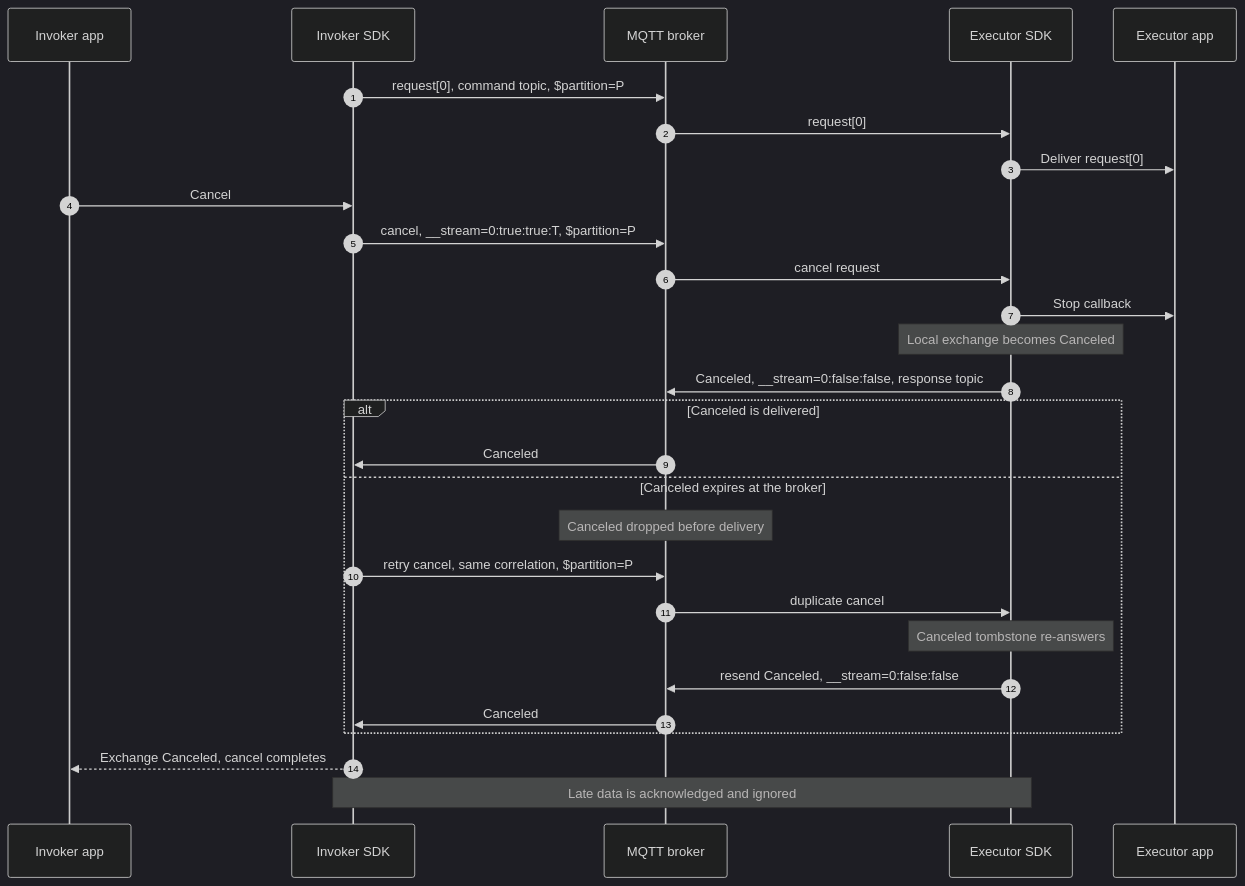
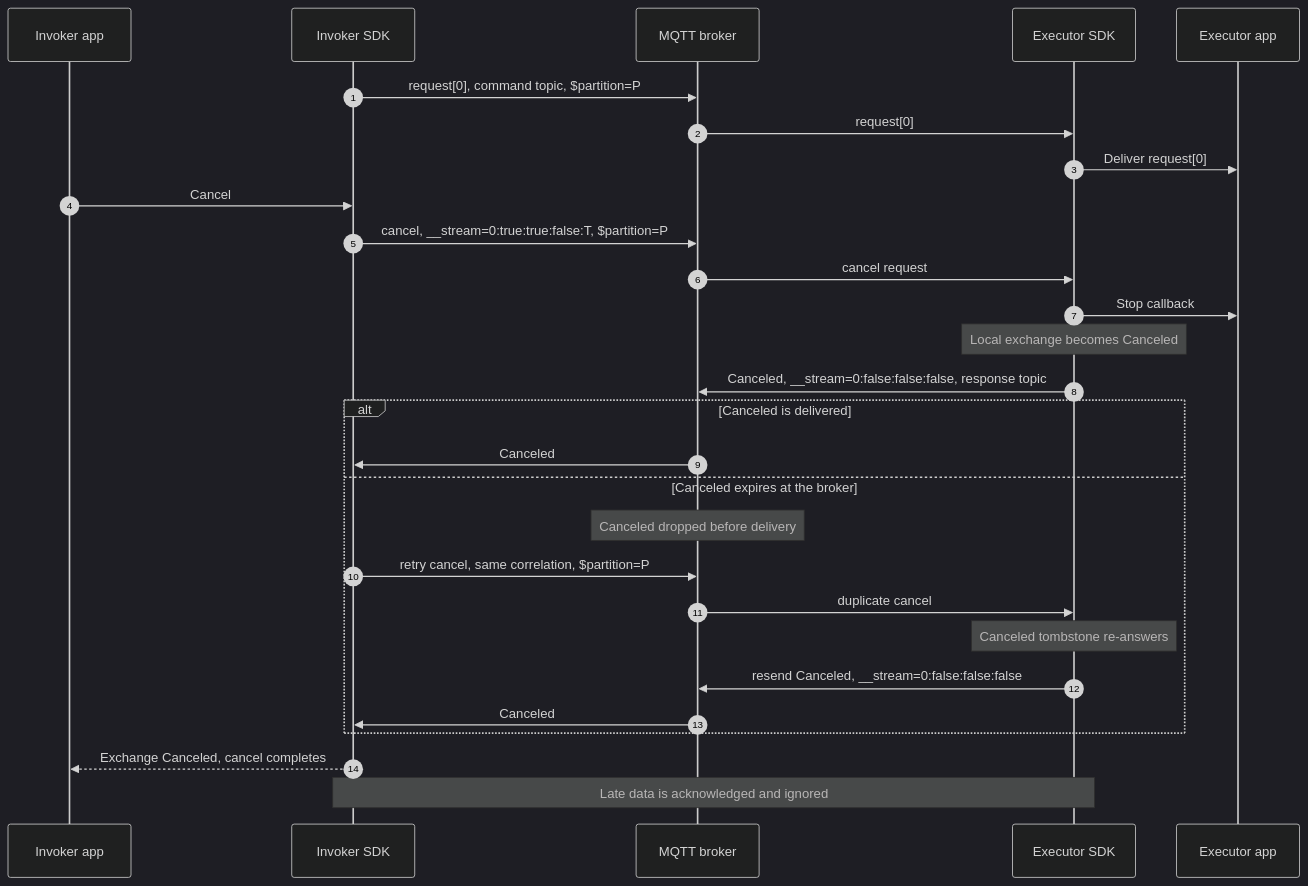
The fifth of 9 diagrams in doc/dev/adr/0025-rpc-streaming-lifecycle-diagrams.md (Azure/iot-operations-sdks), drawn with Mermaid (dark theme) before and after one commit. The commit also changed other lines of this file and 1 other file, not shown here.

First line of the commit message:
ADR 25: clarify exchange routing and align lifecycle diagrams

````diff
--- a/doc/dev/adr/0025-rpc-streaming-lifecycle-diagrams.md
+++ b/doc/dev/adr/0025-rpc-streaming-lifecycle-diagrams.md
@@ -198,33 +185,33 @@
 ```mermaid
 sequenceDiagram
     autonumber
     participant IA as Invoker app
     participant IS as Invoker SDK
     participant B as MQTT broker
     participant ES as Executor SDK
     participant EA as Executor app
 
     IS->>B: request[0], command topic, $partition=P
     B->>ES: request[0]
     ES->>EA: Deliver request[0]
     IA->>IS: Cancel
-    IS->>B: cancel, __stream=0:true:true:T, $partition=P
+    IS->>B: cancel, __stream=0:true:true:false:T, $partition=P
     B->>ES: cancel request
     ES->>EA: Stop callback
     Note over ES: Local exchange becomes Canceled
-    ES->>B: Canceled, __stream=0:false:false, response topic
+    ES->>B: Canceled, __stream=0:false:false:false, response topic
 
     alt Canceled is delivered
         B->>IS: Canceled
     else Canceled expires at the broker
         Note over B: Canceled dropped before delivery
         IS->>B: retry cancel, same correlation, $partition=P
         B->>ES: duplicate cancel
         Note over ES: Canceled tombstone re-answers
-        ES->>B: resend Canceled, __stream=0:false:false
+        ES->>B: resend Canceled, __stream=0:false:false:false
         B->>IS: Canceled
     end
 
     IS-->>IA: Exchange Canceled, cancel completes
     Note over IS,ES: Late data is acknowledged and ignored
 ```
````
